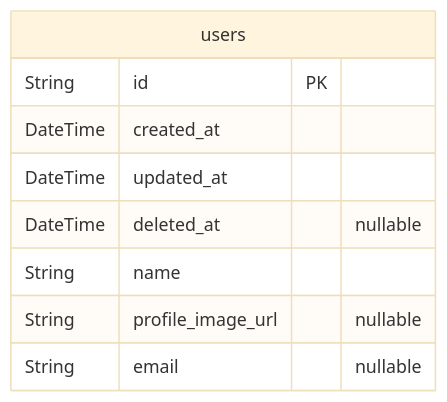
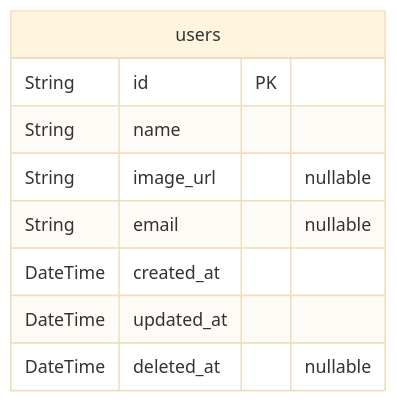
The second of 3 diagrams in ERD.md (rojiwon123/safe-nest-template), drawn with Mermaid (base theme) before and after one commit. The commit also changed other lines of this file and 5 other files, not shown here.

````diff
--- a/ERD.md
+++ b/ERD.md
@@ -141,12 +143,12 @@
 ```mermaid
 erDiagram
 users {
     String id PK
+    String name
+    String image_url "nullable"
+    String email "nullable"
     DateTime created_at
     DateTime updated_at
     DateTime deleted_at "nullable"
-    String name
-    String profile_image_url "nullable"
-    String email "nullable"
 }
 ```
````
